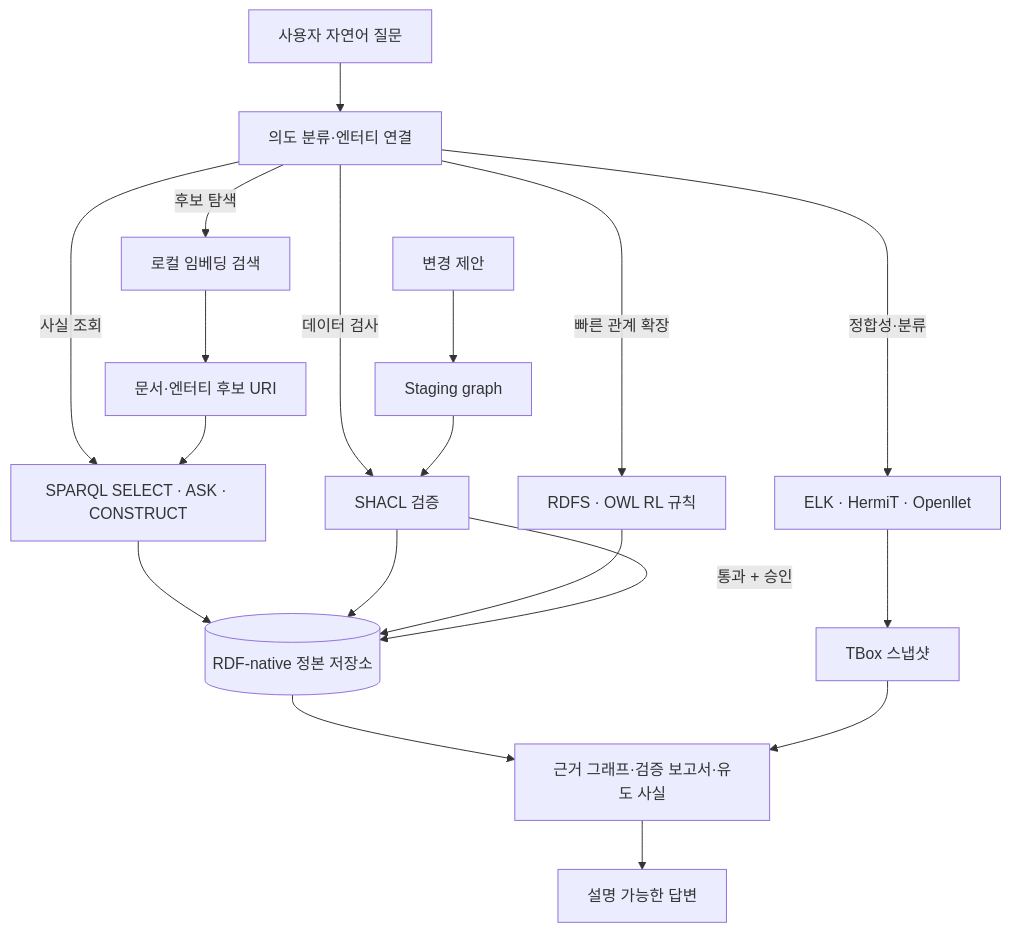
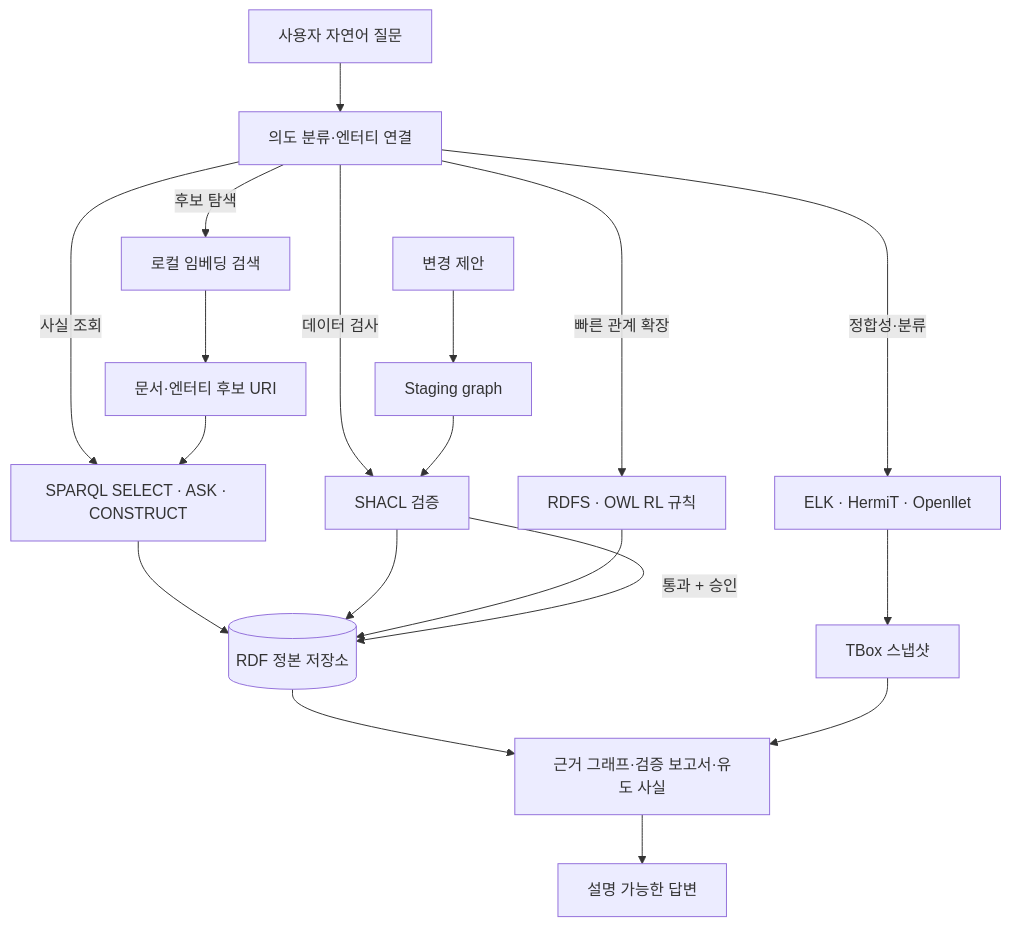
One commit to tteggu87/tteggu87.github.io changed the diagram in content/notes/local-ontology-agent-implementation.md. Above: the diagram before and after it, drawn with Mermaid. The commit also changed other lines of this file and 9 other files, not shown here.

````diff
--- a/content/notes/local-ontology-agent-implementation.md
+++ b/content/notes/local-ontology-agent-implementation.md
@@ -38,25 +53,25 @@
 ```mermaid
 flowchart TD
     U[사용자 자연어 질문] --> C[의도 분류·엔터티 연결]
 
     C -->|사실 조회| Q[SPARQL SELECT · ASK · CONSTRUCT]
     C -->|데이터 검사| V[SHACL 검증]
     C -->|빠른 관계 확장| R[RDFS · OWL RL 규칙]
     C -->|정합성·분류| D[ELK · HermiT · Openllet]
     C -->|후보 탐색| S[로컬 임베딩 검색]
 
-    Q --> G[(RDF-native 정본 저장소)]
+    Q --> G[(RDF 정본 저장소)]
     V --> G
     R --> G
     D --> T[TBox 스냅샷]
     S --> E[문서·엔터티 후보 URI]
     E --> Q
 
     G --> X[근거 그래프·검증 보고서·유도 사실]
     T --> X
     X --> A[설명 가능한 답변]
 
     W[변경 제안] --> ST[Staging graph]
     ST --> V
     V -->|통과 + 승인| G
 ```
````
